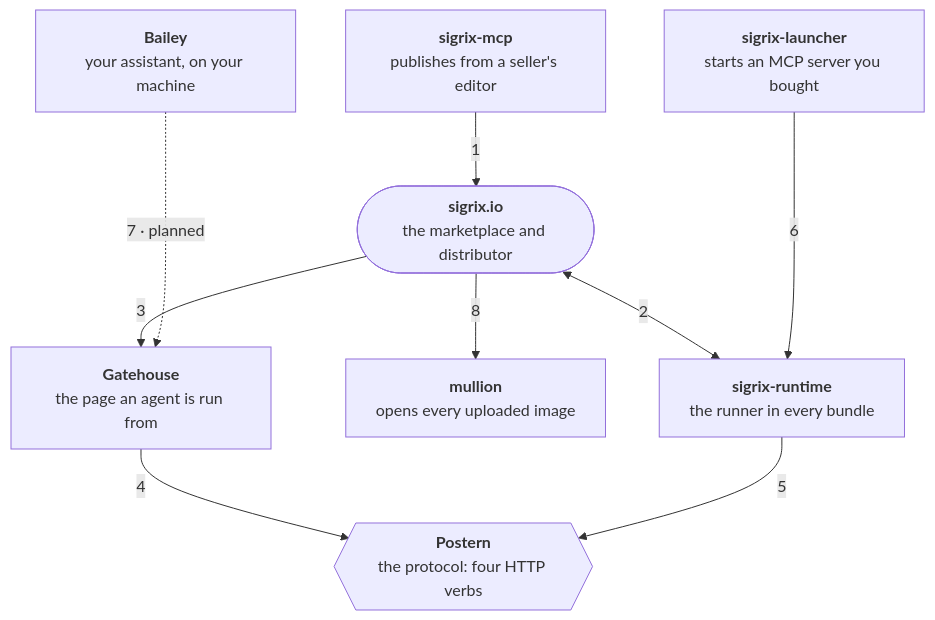
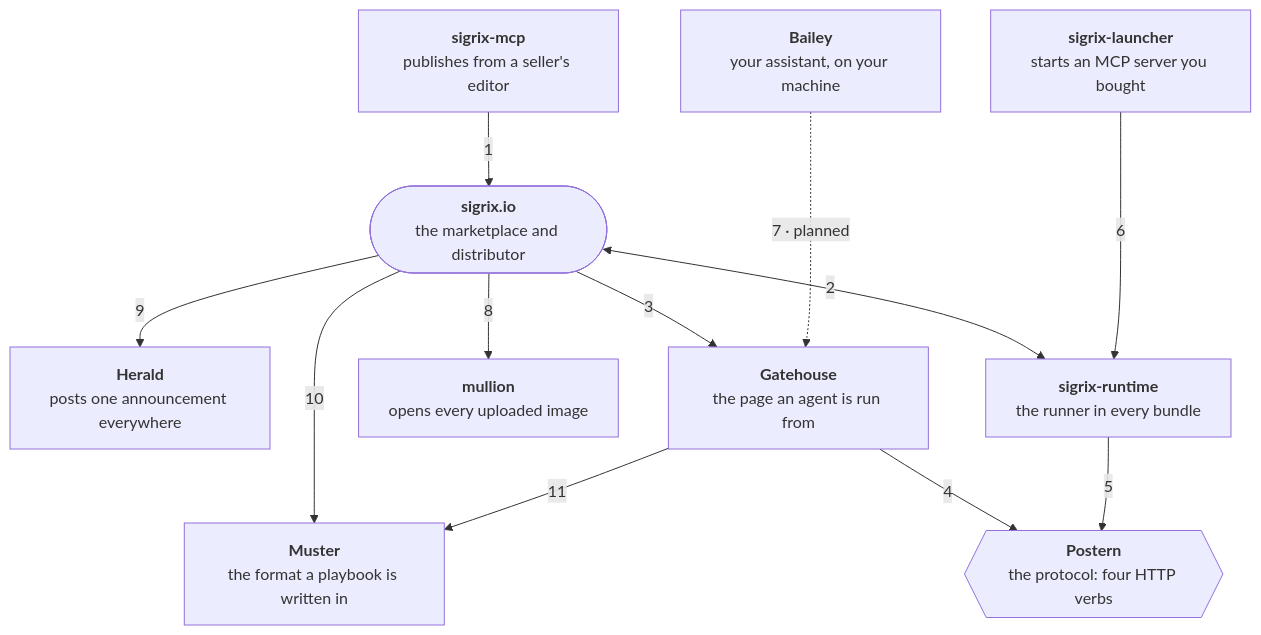
The diagram in profile/README.md (sigrix-io/.github), drawn with Mermaid before and after one commit. The commit also changed other lines of this file, not shown here.

Commit message:
Add Herald and Muster to the open-source section

````diff
--- a/profile/README.md
+++ b/profile/README.md
@@ -35,20 +37,25 @@
 ```mermaid
 flowchart TB
+    herald["<b>Herald</b><br/>posts one announcement everywhere"]
+    muster["<b>Muster</b><br/>the format a playbook is written in"]
     mcp["<b>sigrix-mcp</b><br/>publishes from a seller's editor"]
     bailey["<b>Bailey</b><br/>your assistant, on your machine"]
     sigrix(["<b>sigrix.io</b><br/>the marketplace and distributor"])
     launcher["<b>sigrix-launcher</b><br/>starts an MCP server you bought"]
     gatehouse["<b>Gatehouse</b><br/>the page an agent is run from"]
     mullion["<b>mullion</b><br/>opens every uploaded image"]
     runtime["<b>sigrix-runtime</b><br/>the runner in every bundle"]
     postern{{"<b>Postern</b><br/>the protocol: four HTTP verbs"}}
 
     mcp -->|"1"| sigrix
     sigrix <-->|"2"| runtime
     sigrix -->|"3"| gatehouse
     gatehouse -->|"4"| postern
     runtime -->|"5"| postern
     launcher --->|"6"| runtime
     bailey -..->|"7 · planned"| gatehouse
     sigrix -->|"8"| mullion
+    sigrix -->|"9"| herald
+    sigrix -->|"10"| muster
+    gatehouse -->|"11"| muster
 ```
````
